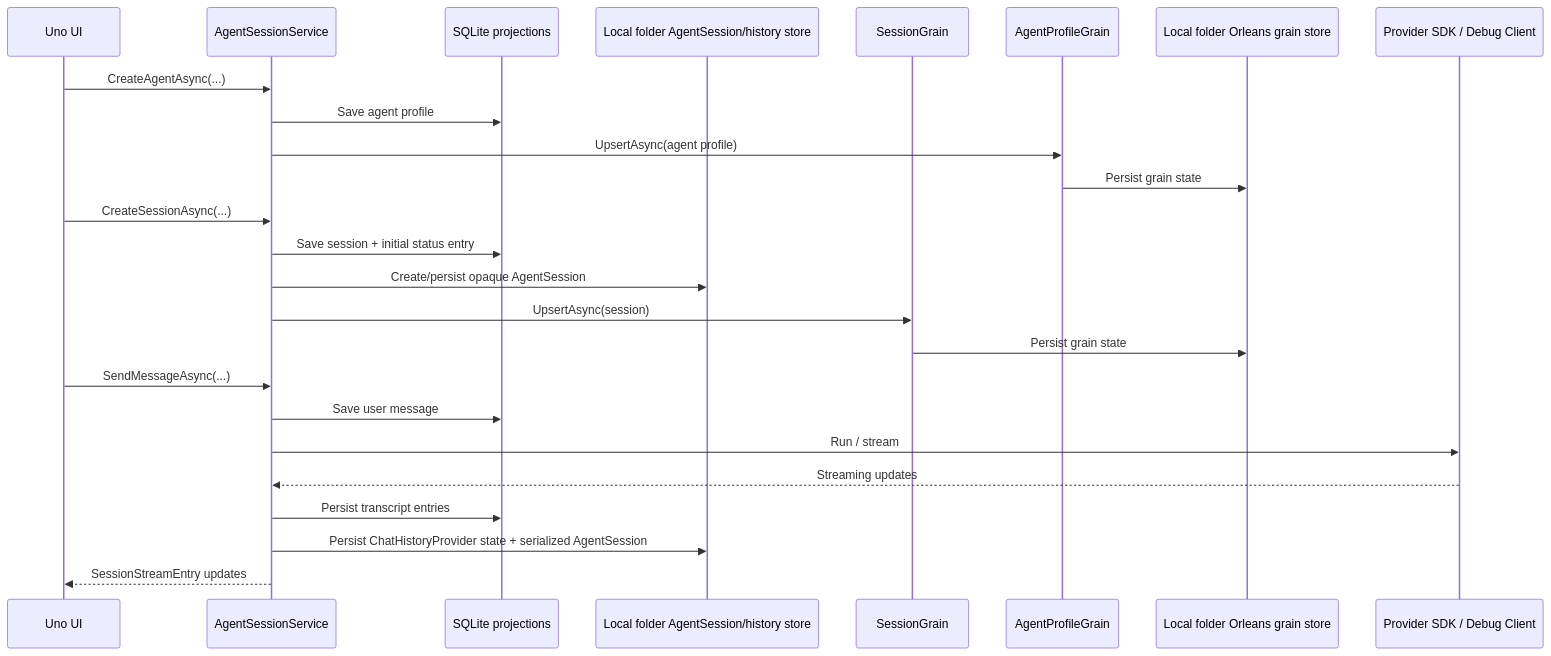
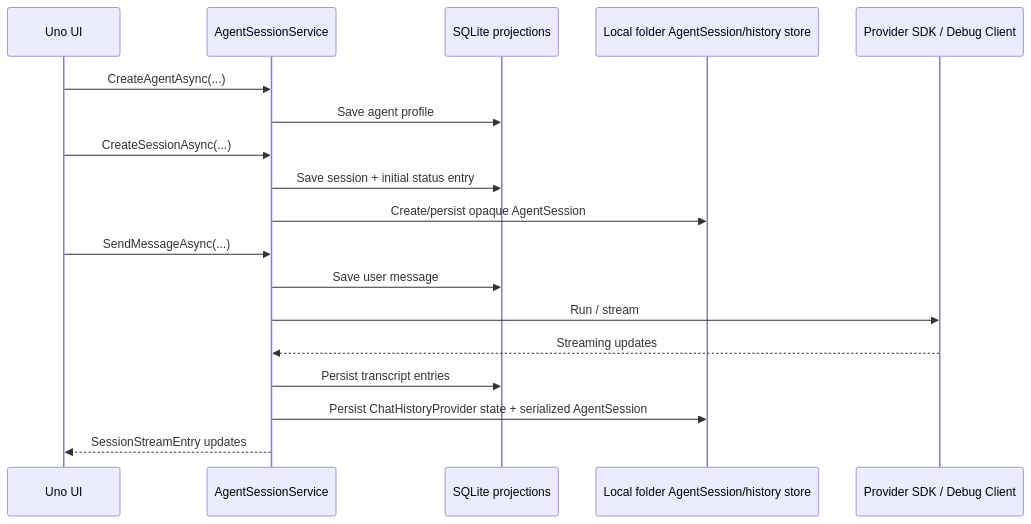
Before and after one commit to managedcode/dotPilot: the fourth of 4 diagrams in docs/Architecture.md, drawn with Mermaid. The commit also changed other lines of this file and 61 other files, not shown here.

````diff
--- a/docs/Architecture.md
+++ b/docs/Architecture.md
@@ -99,28 +94,21 @@
 ```mermaid
 sequenceDiagram
   participant UI as Uno UI
   participant Service as AgentSessionService
   participant DB as SQLite projections
   participant FS as Local folder AgentSession/history store
-  participant SG as SessionGrain
-  participant AG as AgentProfileGrain
-  participant GS as Local folder Orleans grain store
   participant Provider as Provider SDK / Debug Client
 
   UI->>Service: CreateAgentAsync(...)
   Service->>DB: Save agent profile
-  Service->>AG: UpsertAsync(agent profile)
-  AG->>GS: Persist grain state
   UI->>Service: CreateSessionAsync(...)
   Service->>DB: Save session + initial status entry
   Service->>FS: Create/persist opaque AgentSession
-  Service->>SG: UpsertAsync(session)
-  SG->>GS: Persist grain state
   UI->>Service: SendMessageAsync(...)
   Service->>DB: Save user message
   Service->>Provider: Run / stream
   Provider-->>Service: Streaming updates
   Service->>DB: Persist transcript entries
   Service->>FS: Persist ChatHistoryProvider state + serialized AgentSession
   Service-->>UI: SessionStreamEntry updates
 ```
````
